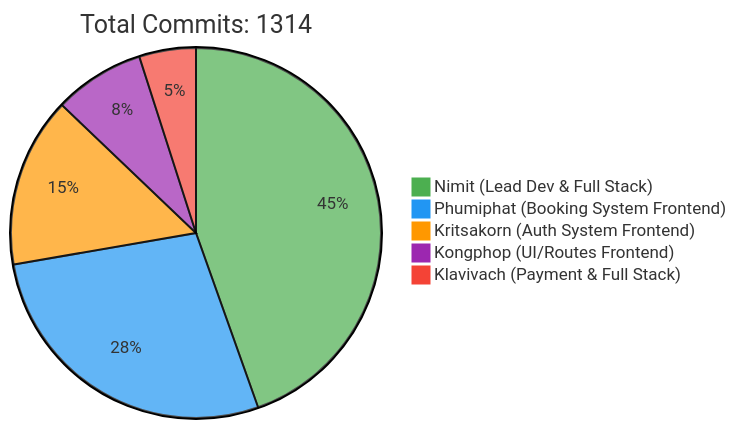
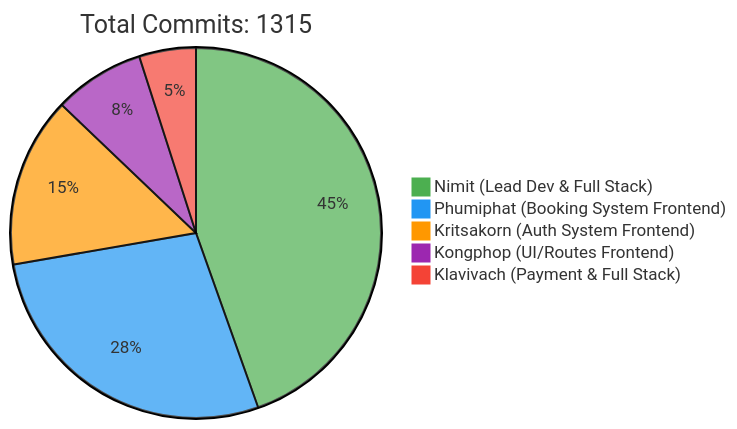
The first of 2 diagrams in README.md (6531503042/Sport-Complex), drawn with Mermaid before and after one commit. The commit also changed other lines of this file, not shown here.

Commit message:
docs: Update contributor statistics [skip ci]

````diff
--- a/README.md
+++ b/README.md
@@ -257,10 +257,10 @@
 ```mermaid
 %%{init: {'theme': 'base', 'themeVariables': { 'pie1': '#4CAF50', 'pie2': '#2196F3', 'pie3': '#FF9800', 'pie4': '#9C27B0', 'pie5': '#F44336'}}}%%
 pie
-    title Total Commits: 1314
+    title Total Commits: 1315
     "Nimit (Lead Dev & Full Stack)" : 450
     "Phumiphat (Booking System Frontend)" : 280
     "Kritsakorn (Auth System Frontend)" : 150
     "Kongphop (UI/Routes Frontend)" : 80
     "Klavivach (Payment & Full Stack)" : 50
 ```
````
